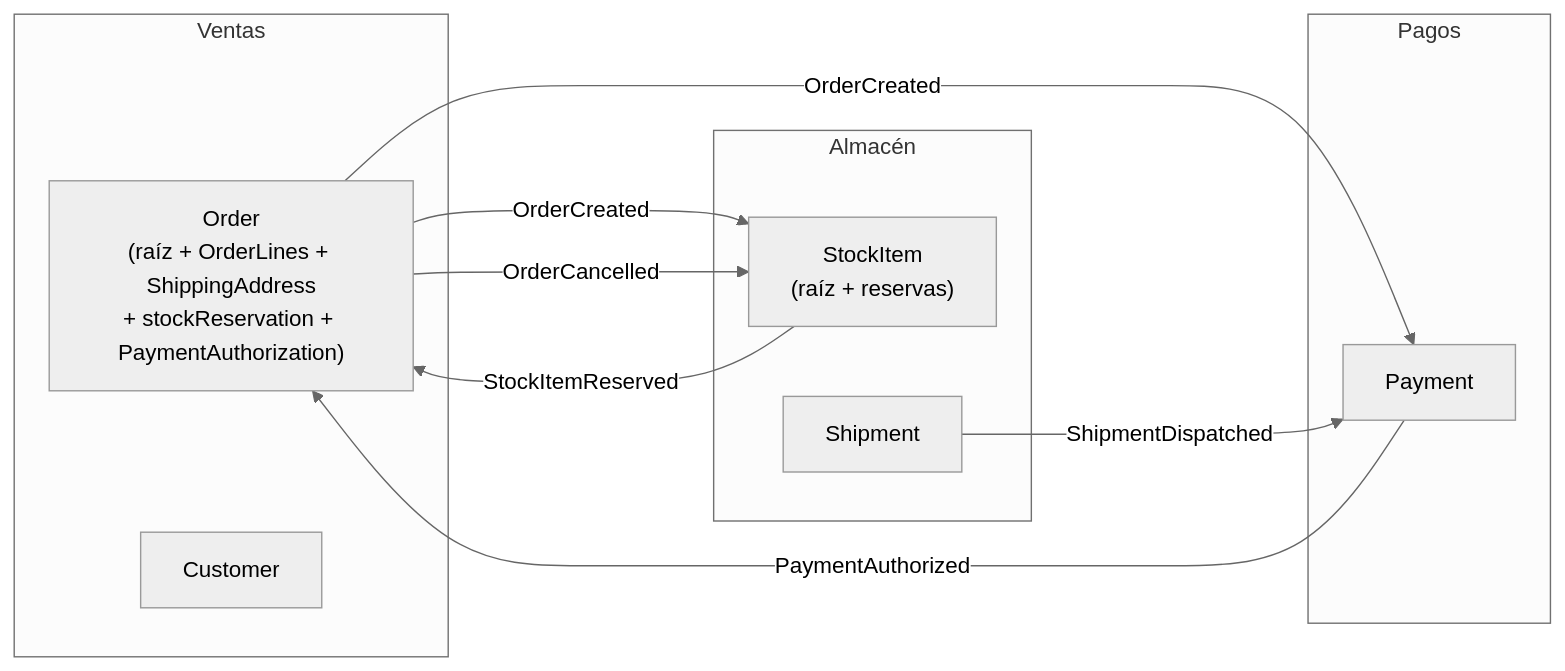
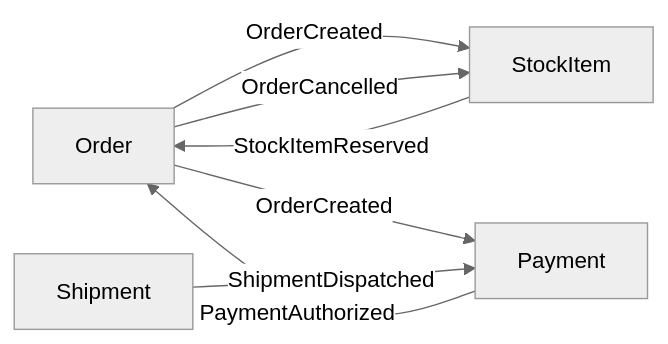
The diagram in packages/ddd/ddd-skills/ddd-agregados/references/ejemplo-ecommerce.md (jguillermo/archi-code-core), drawn with Mermaid (neutral theme) before and after one commit. The commit also changed other lines of this file and 46 other files, not shown here.

````diff
--- a/packages/ddd/ddd-skills/ddd-agregados/references/ejemplo-ecommerce.md
+++ b/packages/ddd/ddd-skills/ddd-agregados/references/ejemplo-ecommerce.md
@@ -29,20 +19,9 @@
 ```mermaid
 flowchart LR
-  subgraph Ventas
-    O["Order<br/>(raíz + OrderLines + ShippingAddress<br/>+ stockReservation + PaymentAuthorization)"]
-    C["Customer"]
-  end
-  subgraph Almacén
-    S["StockItem<br/>(raíz + reservas)"]
-    SH["Shipment"]
-  end
-  subgraph Pagos
-    P["Payment"]
-  end
-  O -- OrderCreated --> S
-  O -- OrderCreated --> P
+  O["Order"] -- OrderCreated --> S["StockItem"]
+  O -- OrderCreated --> P["Payment"]
   S -- StockItemReserved --> O
   P -- PaymentAuthorized --> O
   O -- OrderCancelled --> S
-  SH -- ShipmentDispatched --> P
+  SH["Shipment"] -- ShipmentDispatched --> P
 ```
````
